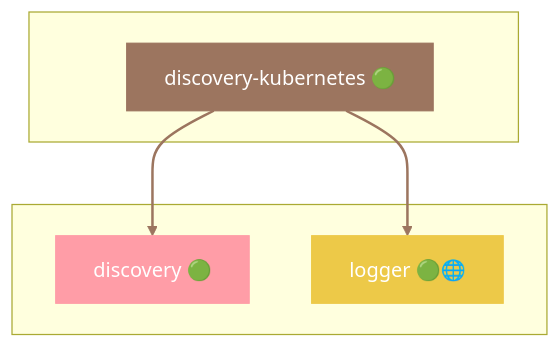
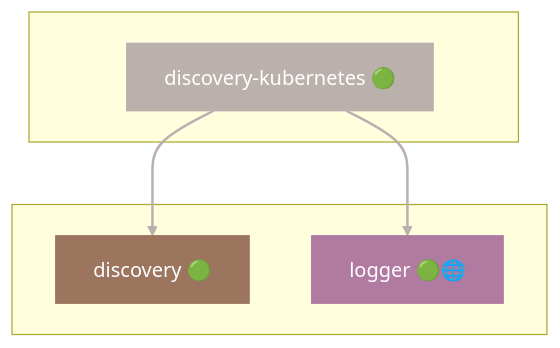
Diagram 11 of 41 in docs/DEPENDENCIES.md (grest-ts/grest-ts), drawn with Mermaid before and after one commit. The commit also changed other lines of this file and 29 other files, not shown here.

````diff
--- a/docs/DEPENDENCIES.md
+++ b/docs/DEPENDENCIES.md
@@ -683,17 +693,17 @@
 ```mermaid
 flowchart TB
     subgraph Package[" "]
         discovery-kubernetes["discovery-kubernetes 🟢"]
     end
     subgraph Dependencies[" "]
         discovery["discovery 🟢"]
         logger["logger 🟢🌐"]
     end
     discovery-kubernetes --> discovery
     discovery-kubernetes --> logger
-    style discovery-kubernetes fill:#9C755F,stroke:#9C755F,color:#fff
-    style discovery fill:#FF9DA7,stroke:#FF9DA7,color:#fff
-    style logger fill:#EDC948,stroke:#EDC948,color:#fff
-    linkStyle 0 stroke:#9C755F,stroke-width:2px
-    linkStyle 1 stroke:#9C755F,stroke-width:2px
+    style discovery-kubernetes fill:#BAB0AC,stroke:#BAB0AC,color:#fff
+    style discovery fill:#9C755F,stroke:#9C755F,color:#fff
+    style logger fill:#B07AA1,stroke:#B07AA1,color:#fff
+    linkStyle 0 stroke:#BAB0AC,stroke-width:2px
+    linkStyle 1 stroke:#BAB0AC,stroke-width:2px
 ```
````
